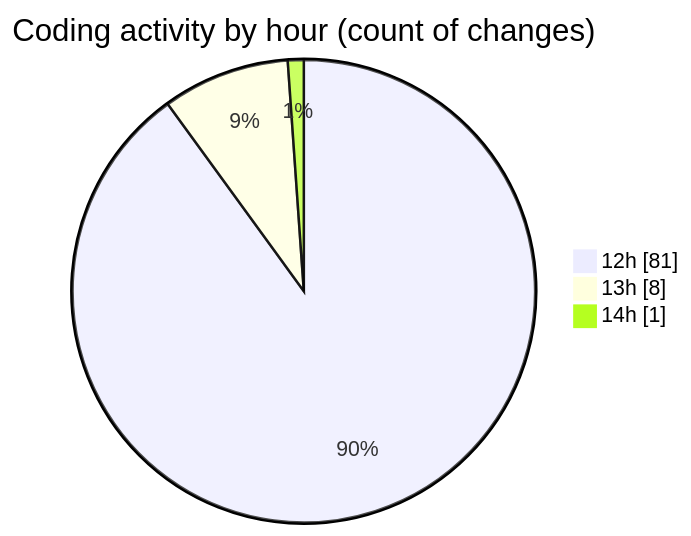
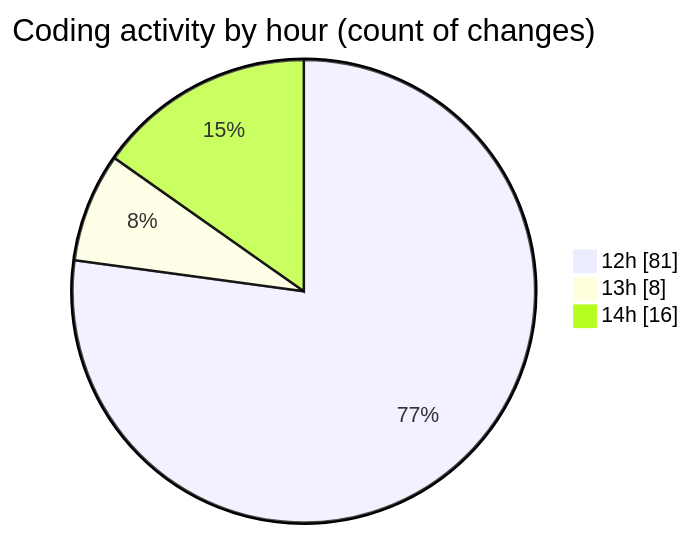
The second of 2 diagrams in 2025-12-28/rust/README.md (Ritupan-Deka/code-tracking), drawn with Mermaid before and after one commit. The commit also changed other lines of this file and 1 other file, not shown here.

````diff
--- a/2025-12-28/rust/README.md
+++ b/2025-12-28/rust/README.md
@@ -30,7 +30,7 @@
 ```mermaid
 pie showData
 title Coding activity by hour (count of changes)
 "12h" : 81
 "13h" : 8
-"14h" : 1
+"14h" : 16
 ```
````
